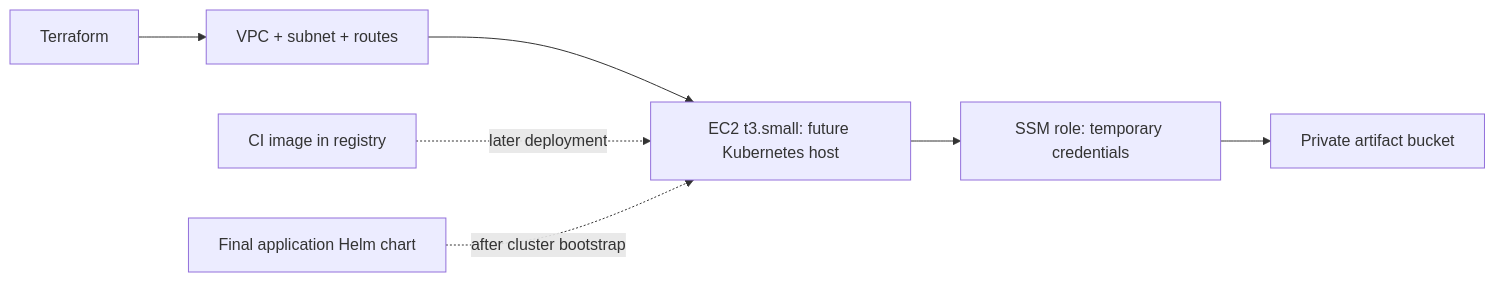
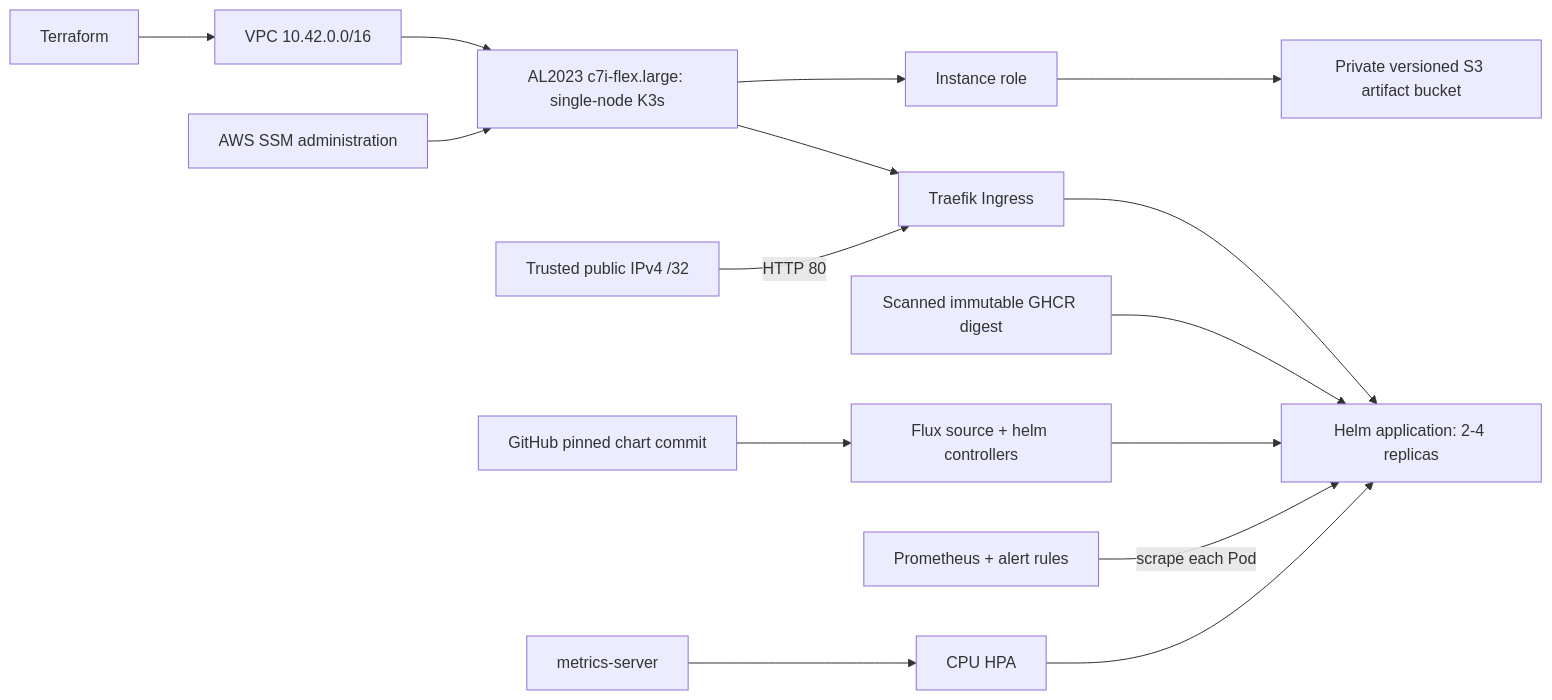
One commit to ReaperXD67/devops-homework changed the diagram in final-devops-project/terraform/README.md. Above: the diagram before and after it, drawn with Mermaid. The commit also changed other lines of this file and 21 other files, not shown here.

Commit message:
Complete AWS Kubernetes project with live verification and cleanup

````diff
--- a/final-devops-project/terraform/README.md
+++ b/final-devops-project/terraform/README.md
@@ -11,9 +28,17 @@
 ```mermaid
 flowchart LR
-  Terraform --> VPC[VPC + subnet + routes]
-  VPC --> EC2[EC2 t3.small: future Kubernetes host]
-  EC2 --> Role[SSM role: temporary credentials]
-  Role --> S3[Private artifact bucket]
-  CI[CI image in registry] -. later deployment .-> EC2
-  Helm[Final application Helm chart] -. after cluster bootstrap .-> EC2
+  TF[Terraform] --> VPC[VPC 10.42.0.0/16]
+  VPC --> EC2[AL2023 c7i-flex.large: single-node K3s]
+  User[Trusted public IPv4 /32] -->|HTTP 80| Traefik
+  EC2 --> Traefik[Traefik Ingress]
+  Traefik --> App[Helm application: 2-4 replicas]
+  Git[GitHub pinned chart commit] --> Flux[Flux source + helm controllers]
+  Flux --> App
+  GHCR[Scanned immutable GHCR digest] --> App
+  Metrics[metrics-server] --> HPA[CPU HPA]
+  HPA --> App
+  Prom[Prometheus + alert rules] -->|scrape each Pod| App
+  SSM[AWS SSM administration] --> EC2
+  EC2 --> Role[Instance role]
+  Role --> S3[Private versioned S3 artifact bucket]
 ```
````
